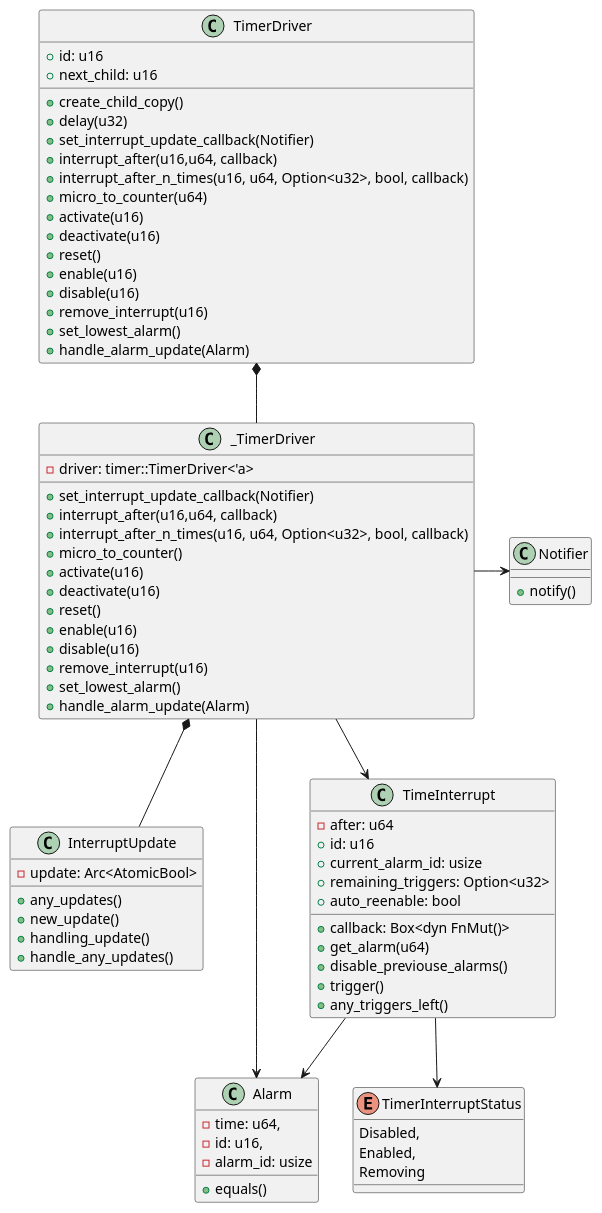
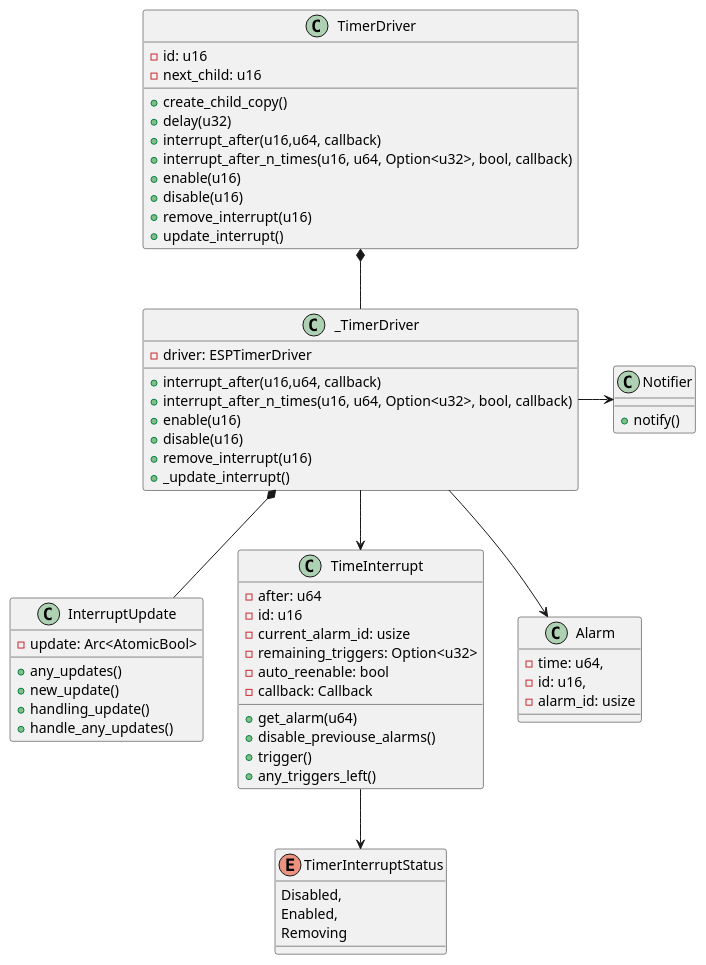
Before and after one commit to esp32framework/esp32framework: the diagram in diagrams/timer-driver.puml, drawn with PlantUML.

Commit message:
Timer driver diagram update

```diff
--- a/diagrams/timer-driver.puml
+++ b/diagrams/timer-driver.puml
@@ -1,84 +1,70 @@
 @startuml Timer Driver
 
 class TimerDriver{
-    +id: u16
-    +next_child: u16
-    +create_child_copy()
-    +delay(u32)
-    +set_interrupt_update_callback(Notifier)
-    +interrupt_after(u16,u64, callback)
-    +interrupt_after_n_times(u16, u64, Option<u32>, bool, callback)
-    +micro_to_counter(u64)
-    +activate(u16)
-    +deactivate(u16)
-    +reset()
-    +enable(u16)
-    +disable(u16)
-    +remove_interrupt(u16)
-    +set_lowest_alarm()
-    +handle_alarm_update(Alarm)
+    - id: u16
+    - next_child: u16
+    + create_child_copy()
+    + delay(u32)
+    + interrupt_after(u16,u64, callback)
+    + interrupt_after_n_times(u16, u64, Option<u32>, bool, callback)
+    + enable(u16)
+    + disable(u16)
+    + remove_interrupt(u16)
+    + update_interrupt()
 }
 
 class _TimerDriver{
-    -driver: timer::TimerDriver<'a>
-    +set_interrupt_update_callback(Notifier)
-    +interrupt_after(u16,u64, callback)
-    +interrupt_after_n_times(u16, u64, Option<u32>, bool, callback)
-    +micro_to_counter()
-    +activate(u16)
-    +deactivate(u16)
-    +reset()
-    +enable(u16)
-    +disable(u16)
-    +remove_interrupt(u16)
-    +set_lowest_alarm()
-    +handle_alarm_update(Alarm)
+    - driver: ESPTimerDriver
+    + interrupt_after(u16,u64, callback)
+    + interrupt_after_n_times(u16, u64, Option<u32>, bool, callback)
+    + enable(u16)
+    + disable(u16)
+    + remove_interrupt(u16)
+    + _update_interrupt()
 }
 
 class InterruptUpdate{
-    -update: Arc<AtomicBool>
-    +any_updates()
-    +new_update()
-    +handling_update()
-    +handle_any_updates()
+    - update: Arc<AtomicBool>
+    + any_updates()
+    + new_update()
+    + handling_update()
+    + handle_any_updates()
 }
 
 class TimeInterrupt{
-    -after: u64
-    +id: u16
-    +current_alarm_id: usize
-    +remaining_triggers: Option<u32>
-    +auto_reenable: bool
-    +callback: Box<dyn FnMut()>
-    +get_alarm(u64)
-    +disable_previouse_alarms()
-    +trigger()
-    +any_triggers_left()
+    - after: u64
+    - id: u16
+    - current_alarm_id: usize
+    - remaining_triggers: Option<u32>
+    - auto_reenable: bool
+    - callback: Callback
+    + get_alarm(u64)
+    + disable_previouse_alarms()
+    + trigger()
+    + any_triggers_left()
 }
 
 class Alarm{
     -time: u64,
     -id: u16,
     -alarm_id: usize
-    +equals()
 }
 
 class Notifier{
     + notify()
 }
 
 enum TimerInterruptStatus{
     Disabled,
     Enabled,
     Removing
 }
 
 TimerDriver *-- _TimerDriver
 _TimerDriver *-- InterruptUpdate
 _TimerDriver --> TimeInterrupt
 _TimerDriver --> Alarm
-TimeInterrupt --> Alarm
 TimeInterrupt --> TimerInterruptStatus
 _TimerDriver -> Notifier
 
 @enduml
```
